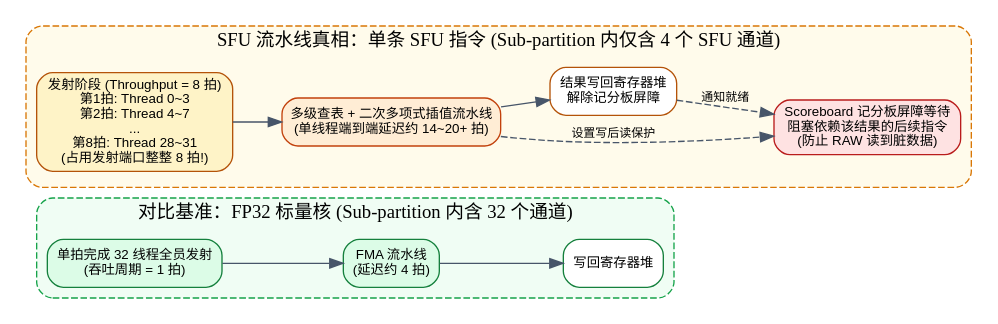
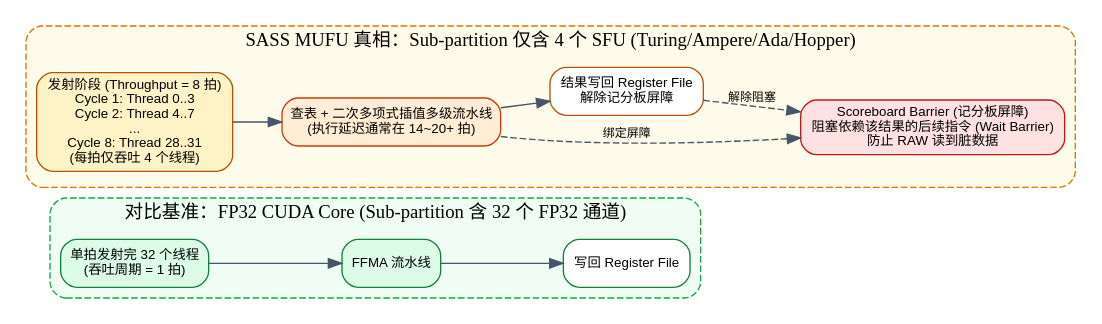
The fifth of 7 diagrams in src/content/posts/gpu-heterogeneous-cores-programming-and-tensor-core-architecture-guide.md (hqu-little-boy/blog), drawn with Graphviz before and after one commit. The commit also changed other lines of this file, not shown here.

Commit message:
docs: 恢复 NVIDIA GPU 真实架构、CUDA/PTX/SASS 与官方 API/SDK 完整细节

````diff
--- a/src/content/posts/gpu-heterogeneous-cores-programming-and-tensor-core-architecture-guide.md
+++ b/src/content/posts/gpu-heterogeneous-cores-programming-and-tensor-core-architecture-guide.md
@@ -413,34 +379,34 @@
 ```dot
-digraph SFUPipeline {
+digraph MUFUPipeline {
     rankdir=LR;
     node [shape=box, style="rounded,filled", fontname="sans-serif", fontsize=10];
     edge [color="#475569", fontname="sans-serif", fontsize=9];
 
-    subgraph cluster_fp32 {
-        label="对比基准：FP32 标量核 (Sub-partition 内含 32 个通道)";
+    subgraph cluster_ffma {
+        label="对比基准：FP32 CUDA Core (Sub-partition 含 32 个 FP32 通道)";
         style="rounded,dashed";
         color="#16a34a";
         bgcolor="#f0fdf4";
-        f_issue [label="单拍完成 32 线程全员发射\n(吞吐周期 = 1 拍)", fillcolor="#dcfce7", color="#15803d"];
-        f_pipe [label="FMA 流水线\n(延迟约 4 拍)", fillcolor="#dcfce7", color="#15803d"];
-        f_wb [label="写回寄存器堆", fillcolor="#ffffff", color="#15803d"];
+        f_issue [label="单拍发射完 32 个线程\n(吞吐周期 = 1 拍)", fillcolor="#dcfce7", color="#15803d"];
+        f_pipe [label="FFMA 流水线", fillcolor="#dcfce7", color="#15803d"];
+        f_wb [label="写回 Register File", fillcolor="#ffffff", color="#15803d"];
         f_issue -> f_pipe -> f_wb;
     }
 
-    subgraph cluster_sfu {
-        label="SFU 流水线真相：单条 SFU 指令 (Sub-partition 内仅含 4 个 SFU 通道)";
+    subgraph cluster_mufu {
+        label="SASS MUFU 真相：Sub-partition 仅含 4 个 SFU (Turing/Ampere/Ada/Hopper)";
         style="rounded,dashed";
         color="#d97706";
         bgcolor="#fffbeb";
 
-        s_issue [label="发射阶段 (Throughput = 8 拍)\n第1拍: Thread 0~3\n第2拍: Thread 4~7\n...\n第8拍: Thread 28~31\n(占用发射端口整整 8 拍!)", fillcolor="#fef3c7", color="#b45309"];
-        s_pipe [label="多级查表 + 二次多项式插值流水线\n(单线程端到端延迟约 14~20+ 拍)", fillcolor="#ffedd5", color="#c2410c"];
-        s_sb [label="Scoreboard 记分板屏障等待\n阻塞依赖该结果的后续指令\n(防止 RAW 读到脏数据)", fillcolor="#fee2e2", color="#b91c1c"];
-        s_wb [label="结果写回寄存器堆\n解除记分板屏障", fillcolor="#ffffff", color="#b45309"];
+        m_issue [label="发射阶段 (Throughput = 8 拍)\nCycle 1: Thread 0..3\nCycle 2: Thread 4..7\n...\nCycle 8: Thread 28..31\n(每拍仅吞吐 4 个线程)", fillcolor="#fef3c7", color="#b45309"];
+        m_pipe [label="查表 + 二次多项式插值多级流水线\n(执行延迟通常在 14~20+ 拍)", fillcolor="#ffedd5", color="#c2410c"];
+        m_sb [label="Scoreboard Barrier (记分板屏障)\n阻塞依赖该结果的后续指令 (Wait Barrier)\n防止 RAW 读到脏数据", fillcolor="#fee2e2", color="#b91c1c"];
+        m_wb [label="结果写回 Register File\n解除记分板屏障", fillcolor="#ffffff", color="#b45309"];
 
-        s_issue -> s_pipe -> s_wb;
-        s_pipe -> s_sb [style=dashed, label="设置写后读保护"];
-        s_wb -> s_sb [style=dashed, label="通知就绪"];
+        m_issue -> m_pipe -> m_wb;
+        m_pipe -> m_sb [style=dashed, label="绑定屏障"];
+        m_wb -> m_sb [style=dashed, label="解除阻塞"];
     }
 }
 ```
````
